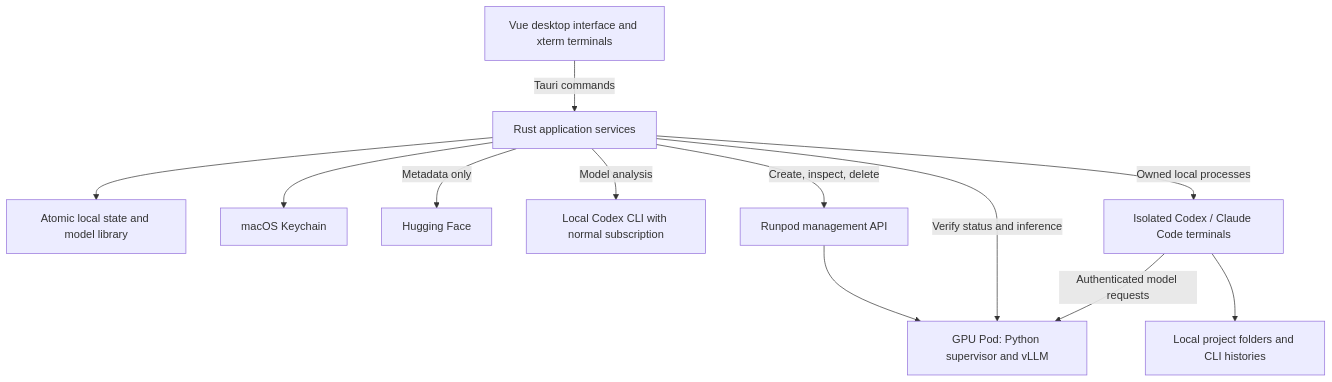
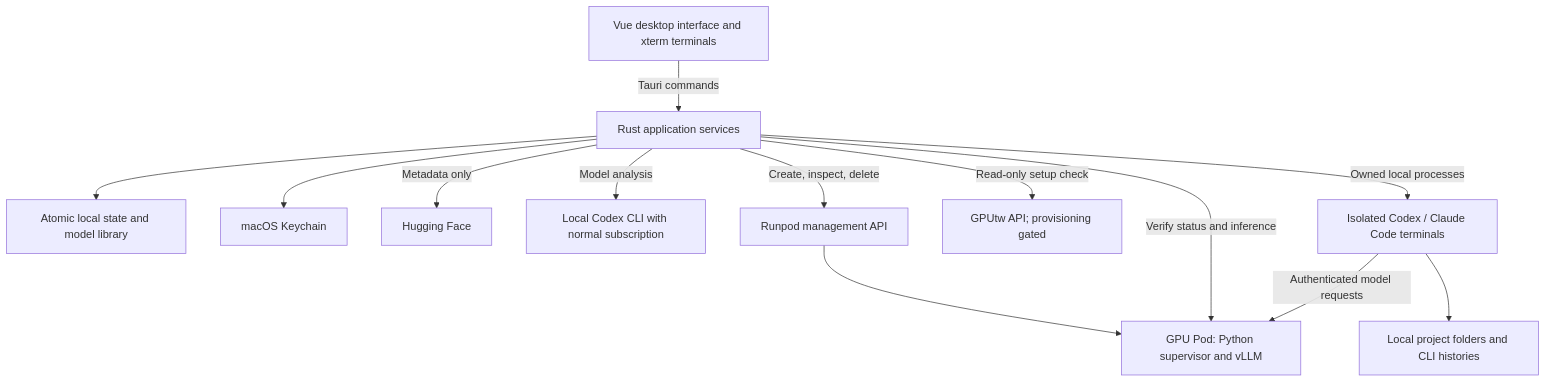
Before and after one commit to weiloon1234/ai-deck: the diagram in README.md, drawn with Mermaid. The commit also changed other lines of this file and 44 other files, not shown here.

Commit message:
Add setup-only GPUtw provider with read access checks

````diff
--- a/README.md
+++ b/README.md
@@ -45,14 +47,15 @@
 ```mermaid
 flowchart TB
     UI[Vue desktop interface and xterm terminals] -->|Tauri commands| Core[Rust application services]
     Core --> State[Atomic local state and model library]
     Core --> Keys[macOS Keychain]
     Core -->|Metadata only| HF[Hugging Face]
     Core -->|Model analysis| Analyzer[Local Codex CLI with normal subscription]
     Core -->|Create, inspect, delete| Runpod[Runpod management API]
+    Core -->|Read-only setup check| GPUtw[GPUtw API; provisioning gated]
     Runpod --> Pod[GPU Pod: Python supervisor and vLLM]
     Core -->|Verify status and inference| Pod
     Core -->|Owned local processes| Sessions[Isolated Codex / Claude Code terminals]
     Sessions --> Projects[Local project folders and CLI histories]
     Sessions -->|Authenticated model requests| Pod
 ```
````
